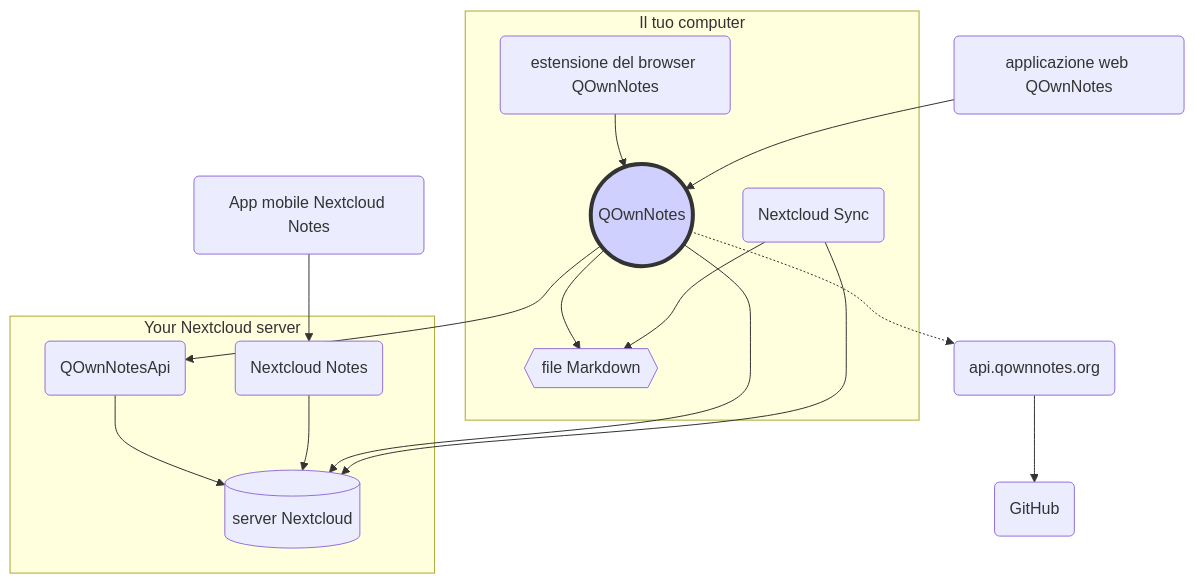
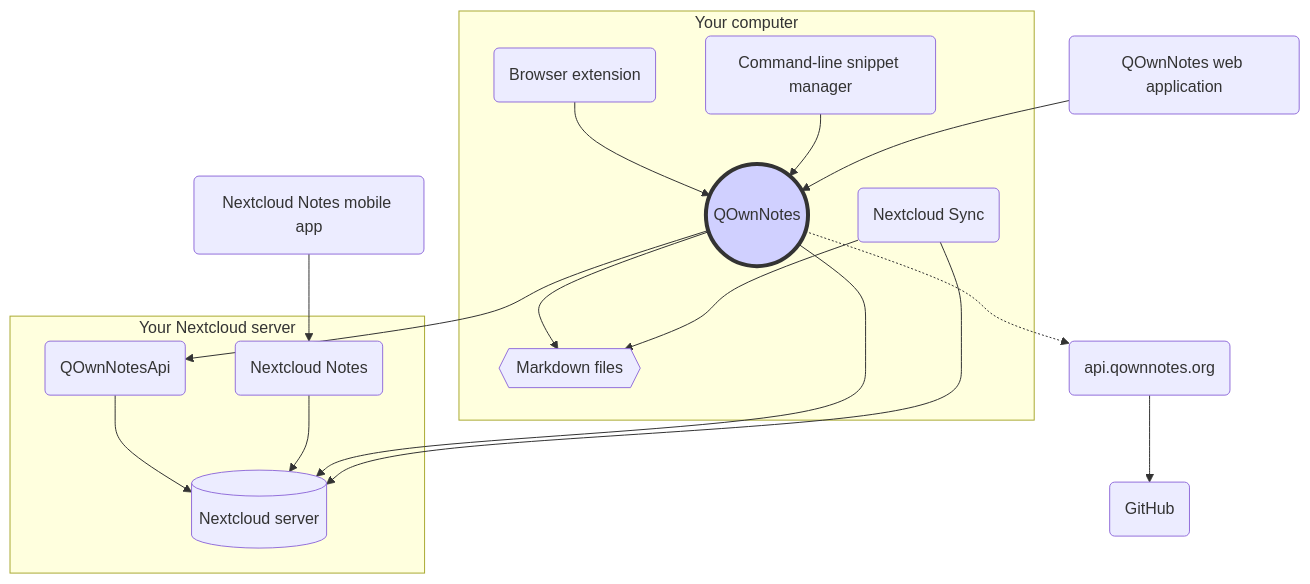
The diagram in webpage/src/it/getting-started/concept.md (pbek/QOwnNotes), drawn with Mermaid before and after one commit. The commit also changed other lines of this file and 30 other files, not shown here.

````diff
--- a/webpage/src/it/getting-started/concept.md
+++ b/webpage/src/it/getting-started/concept.md
@@ -3,32 +3,34 @@
 ```mermaid
 graph TB
-    subgraph Il tuo computer
-        qon((QOwnNotes))-->md{{"file Markdown"}}
+    subgraph Your computer
+        qon((QOwnNotes))-->md{{"Markdown files"}}
         sync("Nextcloud Sync")-->md
-        qon-comp("estensione del browser QOwnNotes")-->qon
+        qon-comp("Browser extension")-->qon
+        qc("Command-line snippet manager")-->qon
     end
     subgraph Your Nextcloud server
-        qon-api("QOwnNotesApi")-->ncs[("server Nextcloud")]
+        qon-api("QOwnNotesApi")-->ncs[("Nextcloud server")]
         nc-notes-app("Nextcloud Notes")-->ncs
     end
 
-    nc-notes-mob("App mobile Nextcloud Notes")-->nc-notes-app
-    qon-web-app("applicazione web QOwnNotes")-->qon
+    nc-notes-mob("Nextcloud Notes mobile app")-->nc-notes-app
+    qon-web-app("QOwnNotes web application")-->qon
     qon-->qon-api
     qon-->ncs
     sync-->ncs
     qon-.->qon-web-api("api.qownnotes.org")
     qon-web-api-->github("GitHub")
 
     style qon fill:#d0d0ff,stroke:#333,stroke-width:4px
-    click qon "/getting-started/concept.html#qownnotes" "applicazione desktop QOwnNotes  per gestire le tue note sul tuo computer"
-    click md "/getting-started/concept.html#markdown-note-files" "Markdown, allegati e media nella tua cartella note"
-    click qon-comp "/getting-started/concept.html#qownnotes-browser-extension" "extensione del browser QOwnNotes per gestire i preferiti in file markdown e come strumento di cattura web"
-    click sync "/getting-started/concept.html#nextcloud-desktop-sync-client" "client di sincronizzazione Nextcloud desktop per sincronizzare le tue note sul tuo server"
-    click ncs "/getting-started/concept.html#nextcloud-server" "server Nextcloud per ospitare le tue note e altri file"
-    click qon-api "/getting-started/concept.html#qownnotesapi-nextcloud-app" "app QOwnNotesAPI Nextcloud per accedere al cestino e alle versioni delle tue note sul server"
+    click qon "/getting-started/concept.html#qownnotes" "QOwnNotes Desktop Application for managing your notes on your desktop computer"
+    click md "/getting-started/concept.html#markdown-note-files" "Markdown, media and attachment files in your note folder"
+    click qon-comp "/getting-started/concept.html#qownnotes-browser-extension" "QOwnNotes browser extension for managing bookmarks in markdown files and as web clipper"
+    click qc "/getting-started/concept.html#qownnotes-command-line-snippet-manager" "QOwnNotes command-line snippet manager"
+    click sync "/getting-started/concept.html#nextcloud-desktop-sync-client" "Nextcloud desktop sync client to sync your notes to your server"
+    click ncs "/getting-started/concept.html#nextcloud-server" "Nextcloud server to host your notes and other files"
+    click qon-api "/getting-started/concept.html#qownnotesapi-nextcloud-app" "QOwnNotesAPI Nextcloud app to access your server-side trash and note versions"
     click nc-notes-app "/getting-started/concept.html#nextcloud-notes-server-app" "Nextcloud Notes server app to manage your notes in the web"
-    click nc-notes-mob "/getting-started/concept.html#nextcloud-notes-mobile-app" "app mobile Nextcloud Notes per gestire le tue note sul telefono"
-    click qon-web-app "/getting-started/concept.html#qownnotes-web-app" "applicazione web QOwnNotes per mandare foto dal tuo telefono"
+    click nc-notes-mob "/getting-started/concept.html#nextcloud-notes-mobile-app" "Nextcloud Notes mobile app to manage your notes on your mobile phone"
+    click qon-web-app "/getting-started/concept.html#qownnotes-web-app" "QOwnNotes Web App to send photos from your mobile phone"
     click qon-web-api "/getting-started/concept.html#api-qownnotes-org"
 ```
````
